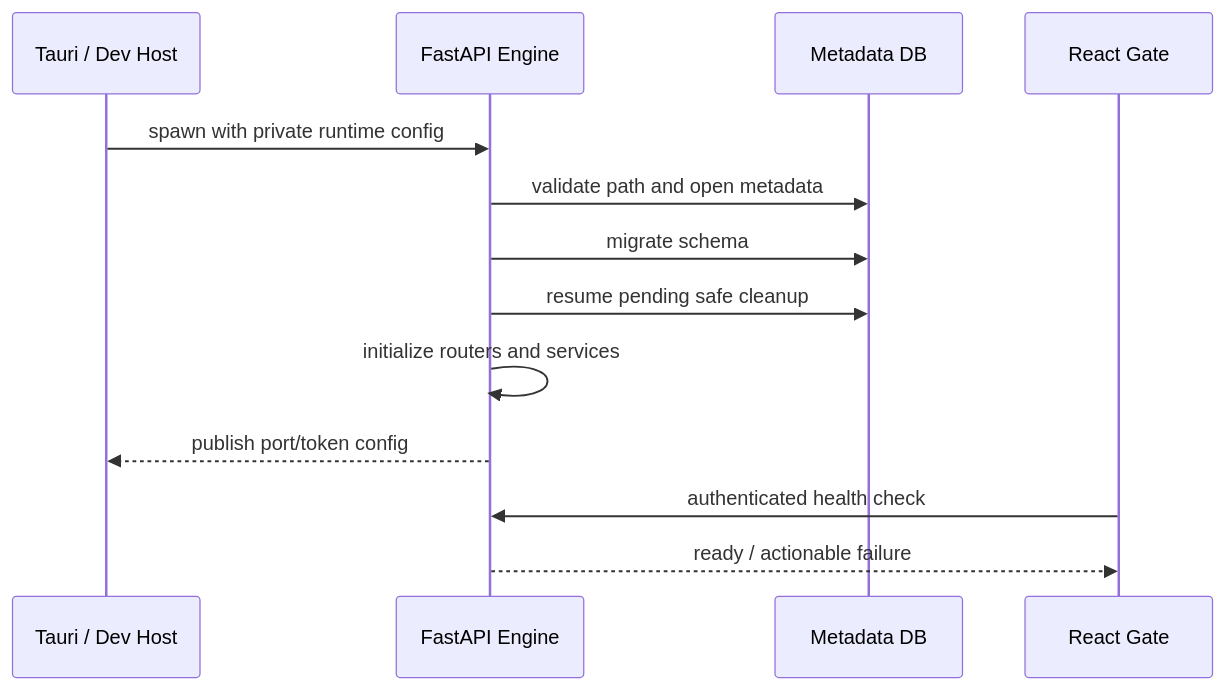
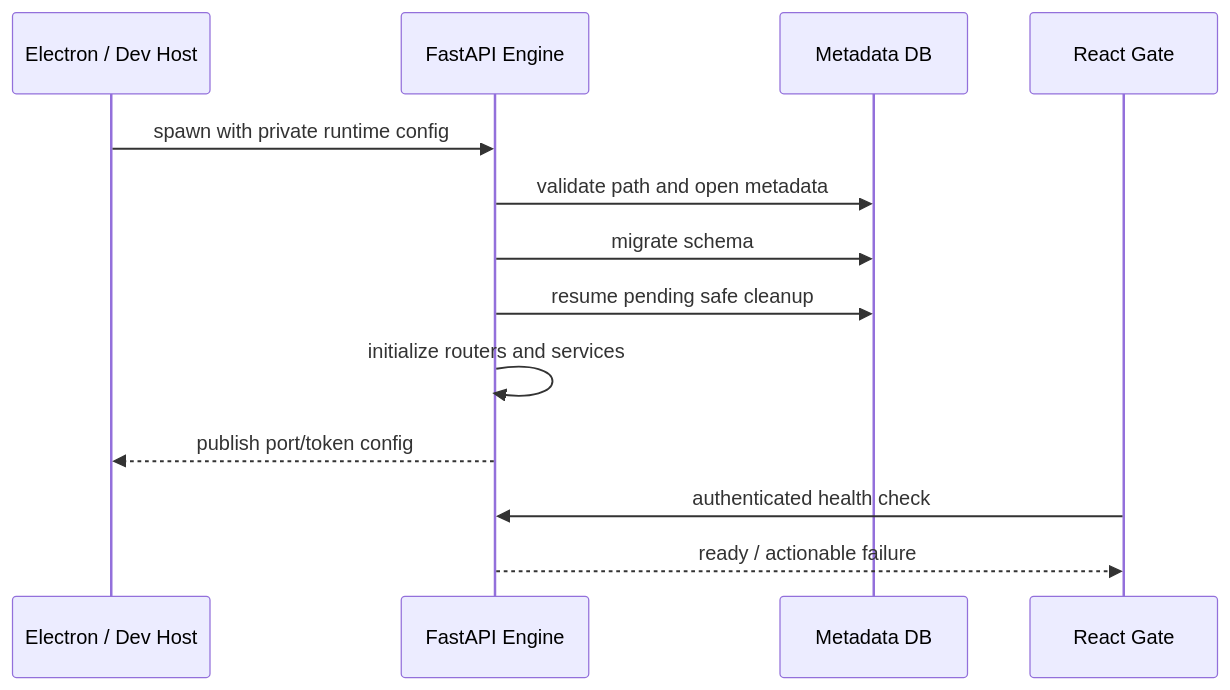
Before and after one commit to trrueee/DBFox: the seventh of 8 diagrams in docs/architecture/backend.md, drawn with Mermaid. The commit also changed other lines of this file and 125 other files, not shown here.

Commit message:
refactor(desktop): remove Rust and Tauri host (#78)

````diff
--- a/docs/architecture/backend.md
+++ b/docs/architecture/backend.md
@@ -174,16 +174,16 @@
 ```mermaid
 sequenceDiagram
-  participant Host as Tauri / Dev Host
+  participant Host as Electron / Dev Host
   participant Engine as FastAPI Engine
   participant DB as Metadata DB
   participant UI as React Gate
 
   Host->>Engine: spawn with private runtime config
   Engine->>DB: validate path and open metadata
   Engine->>DB: migrate schema
   Engine->>DB: resume pending safe cleanup
   Engine->>Engine: initialize routers and services
   Engine-->>Host: publish port/token config
   UI->>Engine: authenticated health check
   Engine-->>UI: ready / actionable failure
 ```
````
